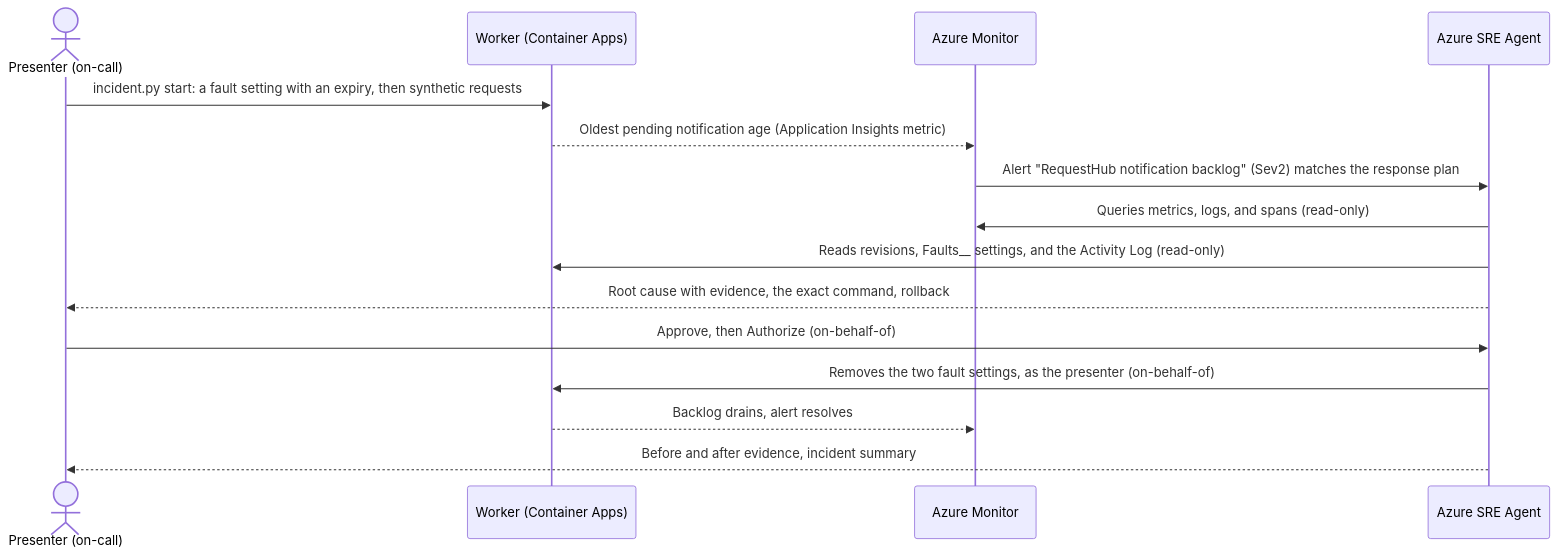
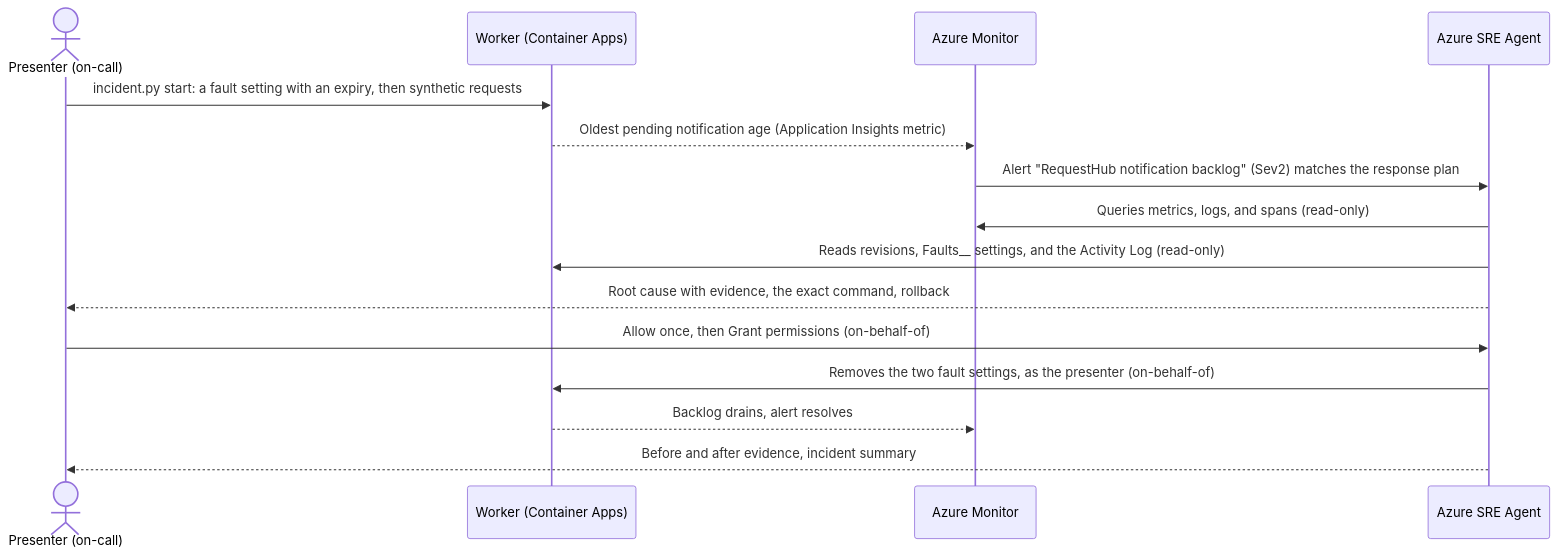
The diagram in solutions/07-operate-microsoft/README.md (melabadi/adept-assessment-northstars), drawn with Mermaid before and after one commit. The commit also changed other lines of this file, not shown here.

````diff
--- a/solutions/07-operate-microsoft/README.md
+++ b/solutions/07-operate-microsoft/README.md
@@ -25,17 +27,17 @@
 ```mermaid
 sequenceDiagram
   actor P as Presenter (on-call)
   participant W as Worker (Container Apps)
   participant M as Azure Monitor
   participant S as Azure SRE Agent
   P->>W: incident.py start: a fault setting with an expiry, then synthetic requests
   W-->>M: Oldest pending notification age (Application Insights metric)
   M->>S: Alert "RequestHub notification backlog" (Sev2) matches the response plan
   S->>M: Queries metrics, logs, and spans (read-only)
   S->>W: Reads revisions, Faults__ settings, and the Activity Log (read-only)
   S-->>P: Root cause with evidence, the exact command, rollback
-  P->>S: Approve, then Authorize (on-behalf-of)
+  P->>S: Allow once, then Grant permissions (on-behalf-of)
   S->>W: Removes the two fault settings, as the presenter (on-behalf-of)
   W-->>M: Backlog drains, alert resolves
   S-->>P: Before and after evidence, incident summary
 ```
````
